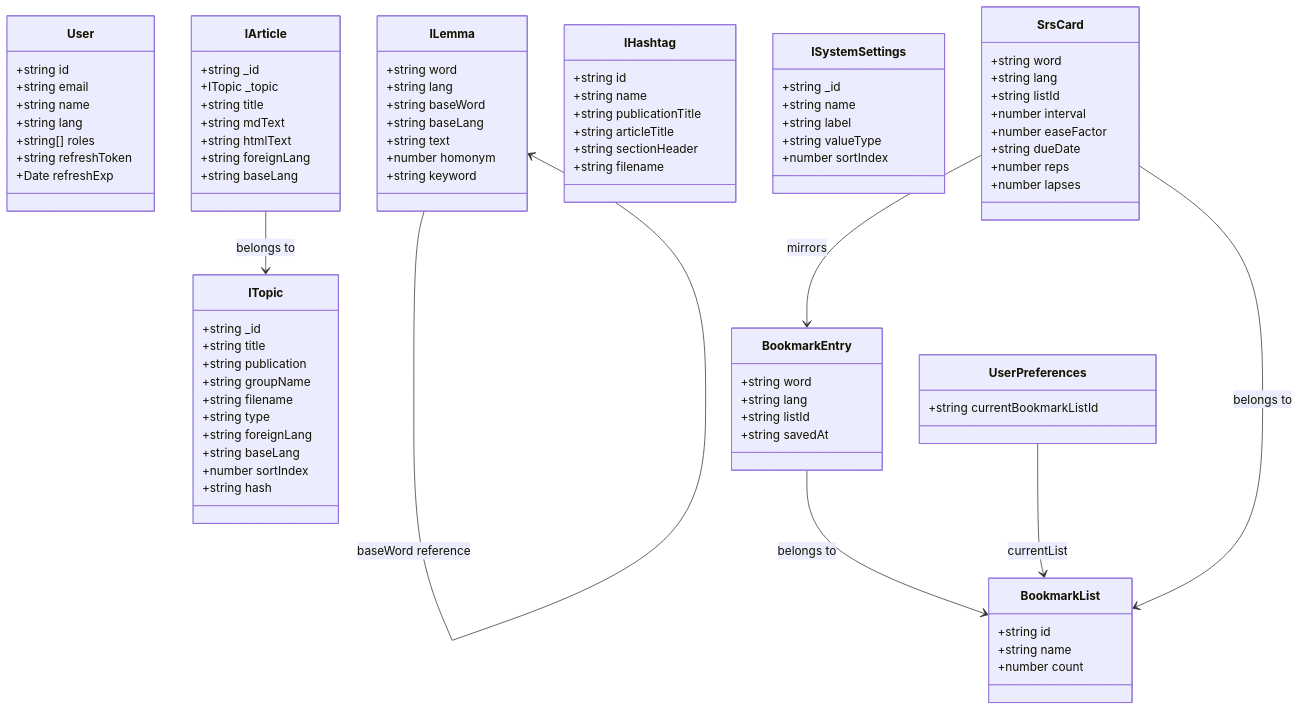
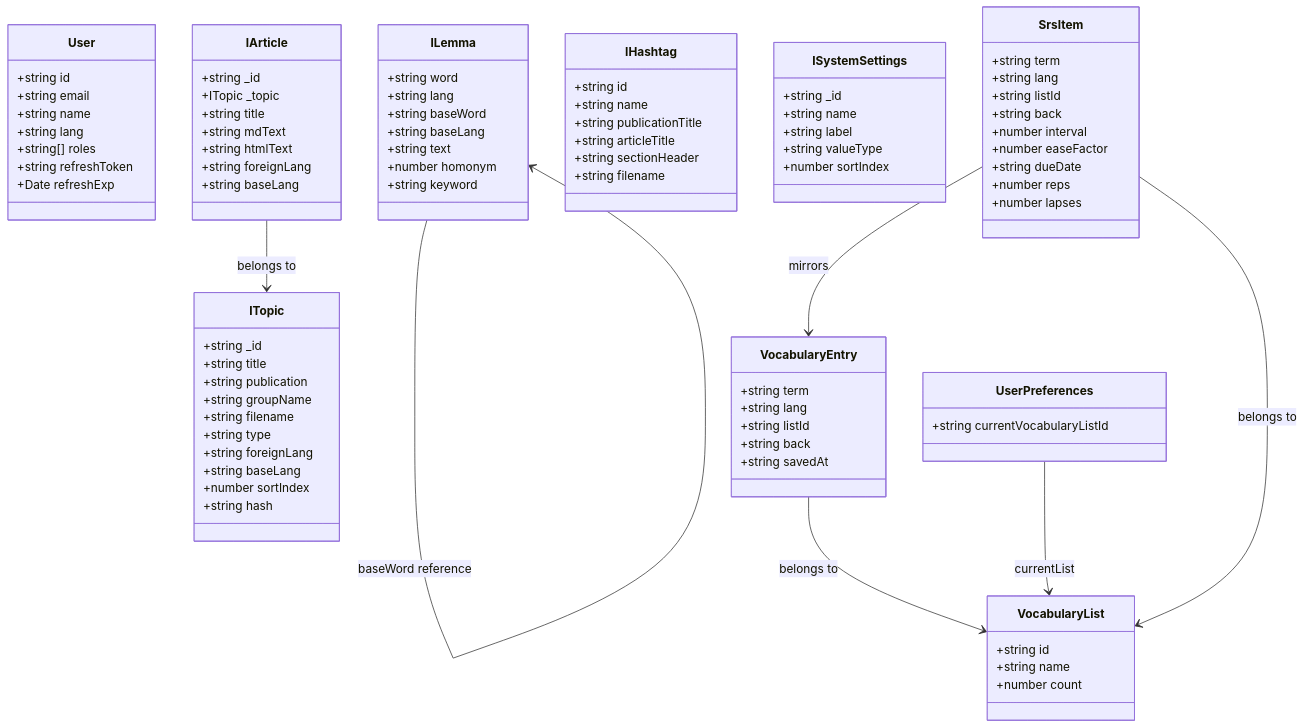
Before and after one commit to remarcmij/taalwiz-mono: the eighth of 8 diagrams in apps/taalwiz-web/ARCHITECTURE.md, drawn with Mermaid. The commit also changed other lines of this file, not shown here.

Commit message:
docs: finish ARCHITECTURE.md update for vocabulary rename
Fix two remaining gaps: high-level mermaid tab label ("bookmarks" → "vocabulary")
and section 10 data-model class diagram (BookmarkEntry/BookmarkList/SrsCard →
VocabularyEntry/VocabularyList/SrsItem; word → term; add back field).

````diff
--- a/apps/taalwiz-web/ARCHITECTURE.md
+++ b/apps/taalwiz-web/ARCHITECTURE.md
@@ -455,27 +455,29 @@
         +number sortIndex
     }
 
-    class BookmarkEntry {
-        +string word
+    class VocabularyEntry {
+        +string term
         +string lang
         +string listId
+        +string back
         +string savedAt
     }
 
-    class BookmarkList {
+    class VocabularyList {
         +string id
         +string name
         +number count
     }
 
     class UserPreferences {
-        +string currentBookmarkListId
+        +string currentVocabularyListId
     }
 
-    class SrsCard {
-        +string word
+    class SrsItem {
+        +string term
         +string lang
         +string listId
+        +string back
         +number interval
         +number easeFactor
         +string dueDate
@@ -485,8 +487,8 @@
 
     IArticle --> ITopic : belongs to
     ILemma --> ILemma : baseWord reference
-    BookmarkEntry --> BookmarkList : belongs to
-    UserPreferences --> BookmarkList : currentList
-    SrsCard --> BookmarkList : belongs to
-    SrsCard --> BookmarkEntry : mirrors
+    VocabularyEntry --> VocabularyList : belongs to
+    UserPreferences --> VocabularyList : currentList
+    SrsItem --> VocabularyList : belongs to
+    SrsItem --> VocabularyEntry : mirrors
 ```
````
